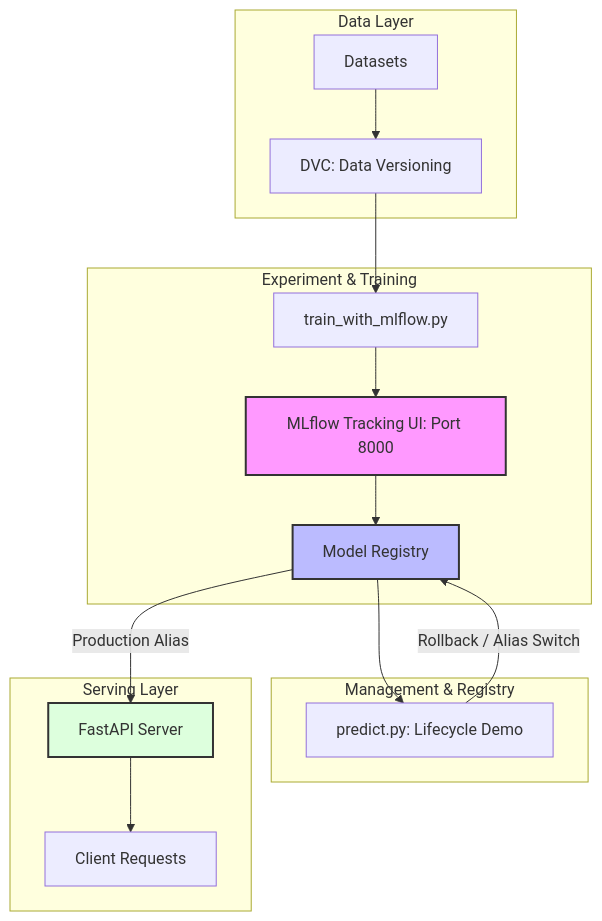
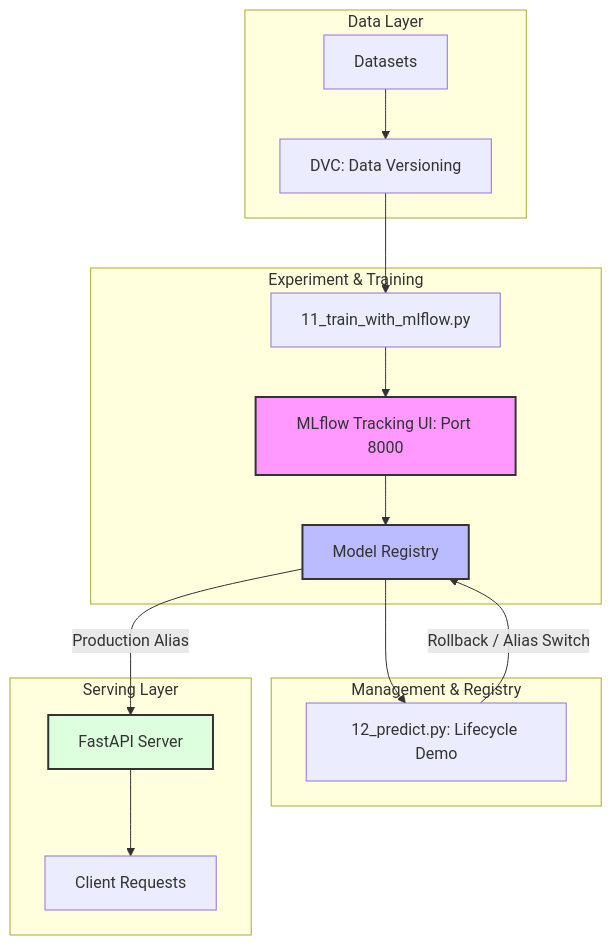
Before and after one commit to yoju-lab/koreatech_MLOps: the diagram in README.md, drawn with Mermaid. The commit also changed other lines of this file and 7 other files, not shown here.

````diff
--- a/README.md
+++ b/README.md
@@ -16,26 +16,26 @@
 ```mermaid
 graph TD
     subgraph "Data Layer"
         D[Datasets] --> DVC[DVC: Data Versioning]
     end
 
     subgraph "Experiment & Training"
-        DVC --> T1[train_with_mlflow.py]
+        DVC --> T1[11_train_with_mlflow.py]
         T1 --> MF[MLflow Tracking UI: Port 8000]
         MF --> REG[Model Registry]
     end
 
     subgraph "Management & Registry"
-        REG --> P1[predict.py: Lifecycle Demo]
+        REG --> P1[12_predict.py: Lifecycle Demo]
         P1 -- "Rollback / Alias Switch" --> REG
     end
 
     subgraph "Serving Layer"
         REG -- "Production Alias" --> API[FastAPI Server]
         API --> C[Client Requests]
     end
 
     style MF fill:#f9f,stroke:#333,stroke-width:2px
     style REG fill:#bbf,stroke:#333,stroke-width:2px
     style API fill:#dfd,stroke:#333,stroke-width:2px
 ```
````
